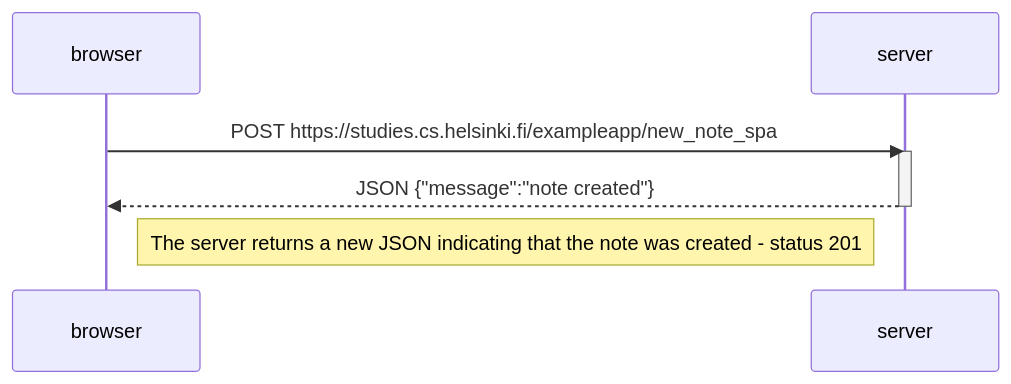
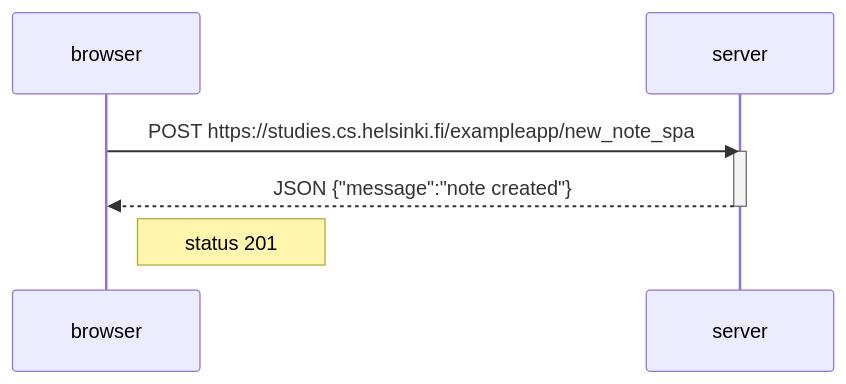
One commit to patinen/fullstackopen changed the diagram in part0/06.md. Above: the diagram before and after it, drawn with Mermaid.

````diff
--- a/part0/06.md
+++ b/part0/06.md
@@ -1,13 +1,13 @@
 ```mermaid
    sequenceDiagram
 
     participant browser
 
     participant server
 
     browser->>server: POST https://studies.cs.helsinki.fi/exampleapp/new_note_spa
     activate server
     server-->>browser: JSON {"message":"note created"}
     deactivate server
-    Note right of browser: The server returns a new JSON indicating that the note was created - status 201
+    Note right of browser: status 201
 ```
````
